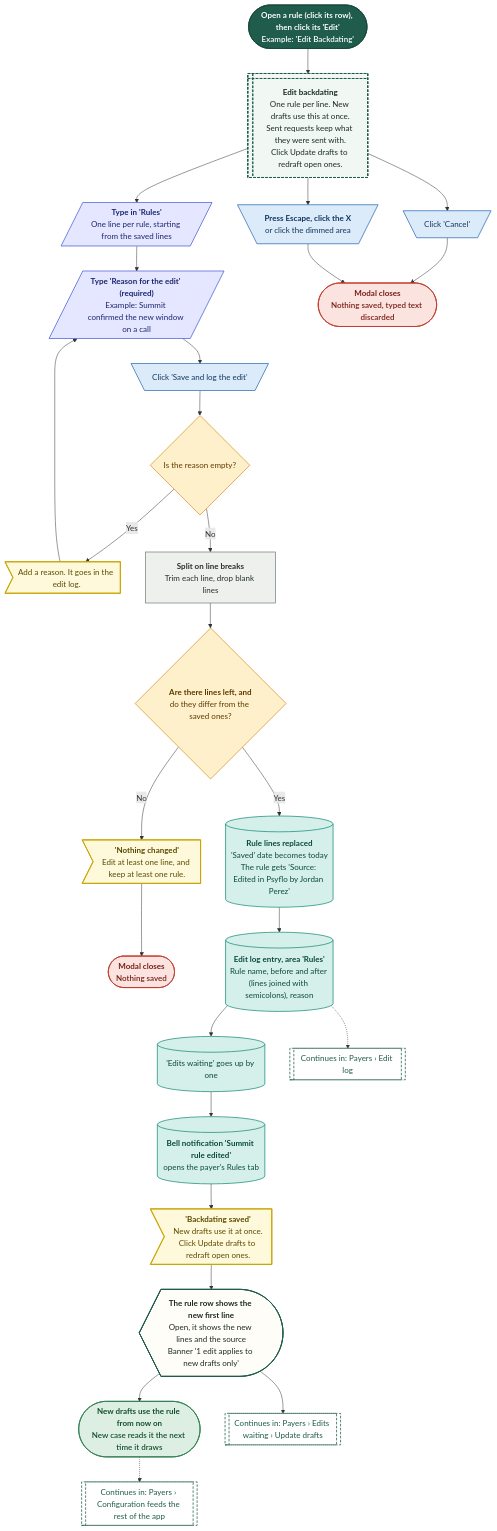
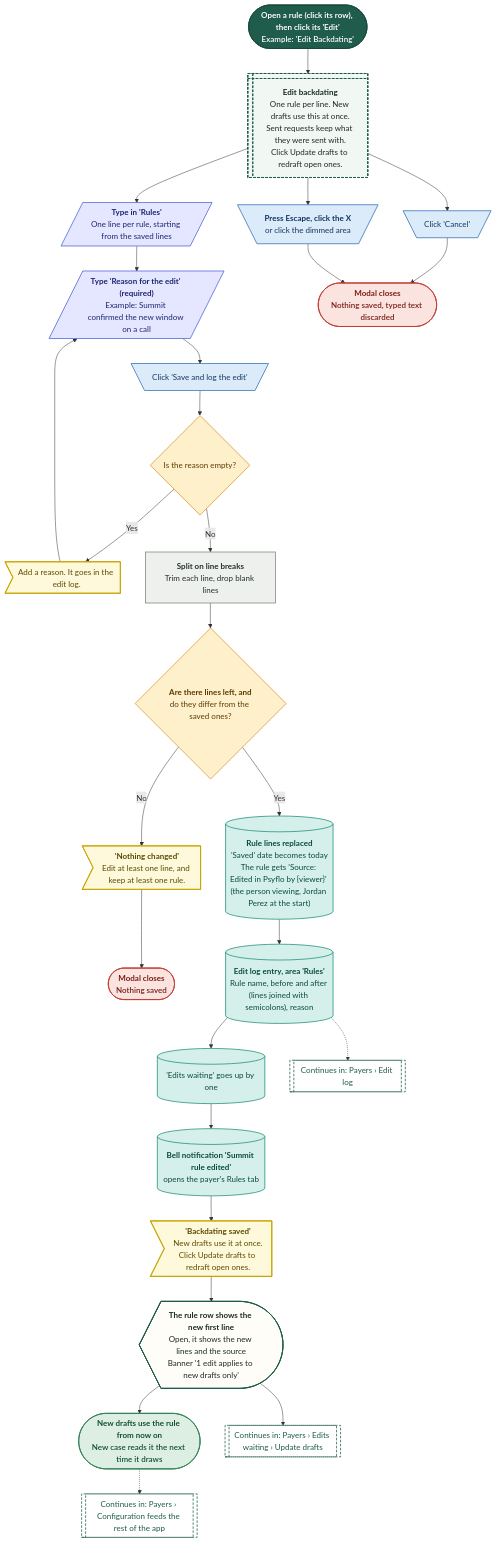
One commit to Shrav143/psyfloapp changed diagram 16 of 27 in demos/prior-auth-demo/workflows/out/md/10-payers.md. Above: the diagram before and after it, drawn with Mermaid. The commit also changed other lines of this file and 251 other files, not shown here.

First line of the commit message:
docs: rebuild the workflow diagrams (291) for round 4

````diff
--- a/demos/prior-auth-demo/workflows/out/md/10-payers.md
+++ b/demos/prior-auth-demo/workflows/out/md/10-payers.md
@@ -1187,66 +1189,66 @@
 ```mermaid
 %%{init: {"theme":"base","themeVariables":{"fontFamily":"'DM Sans', 'Segoe UI', system-ui, sans-serif","fontSize":"15px","lineColor":"#5B6B63","primaryTextColor":"#1C2B25","clusterBkg":"#FBF8F3","clusterBorder":"#D9CDBB","edgeLabelBackground":"#FFFFFF"},"flowchart":{"curve":"basis","nodeSpacing":36,"rankSpacing":48,"padding":12,"htmlLabels":true,"useMaxWidth":false,"wrappingWidth":230}} }%%
 flowchart TD
   classDef k_start fill:#1F5C4B,stroke:#174638,color:#FFFFFF,stroke-width:1.5px,font-weight:600
   classDef k_end fill:#DDEFE3,stroke:#2E7D4F,color:#14502F,stroke-width:1.5px,font-weight:600
   classDef k_endx fill:#FBE3E0,stroke:#C0392B,color:#7A1F16,stroke-width:1.5px,font-weight:600
   classDef k_screen fill:#FFFDF8,stroke:#1F5C4B,color:#1C2B25,stroke-width:2px
   classDef k_overlay fill:#F1F7F3,stroke:#1F5C4B,color:#1C2B25,stroke-width:2px,stroke-dasharray:5 3
   classDef k_click fill:#DCEBFA,stroke:#2F6DB5,color:#12365F,stroke-width:1.5px
   classDef k_input fill:#E4E7FF,stroke:#4C5FD5,color:#1D2670,stroke-width:1.5px
   classDef k_process fill:#EEF0EE,stroke:#7A857F,color:#26302B,stroke-width:1.5px
   classDef k_agent fill:#EEE5FA,stroke:#7A4FC2,color:#341A63,stroke-width:1.5px
   classDef k_decision fill:#FFF0CC,stroke:#D9962B,color:#5C3B00,stroke-width:1.5px
   classDef k_store fill:#D5F0EA,stroke:#1C8E7B,color:#0B4A3F,stroke-width:1.5px
   classDef k_doc fill:#F6E9DC,stroke:#B07A4C,color:#4A2E14,stroke-width:1.5px
   classDef k_ext fill:#FFE6D2,stroke:#E07B39,color:#6B2F06,stroke-width:1.5px
   classDef k_wait fill:#E4E8EE,stroke:#6B7C93,color:#26303D,stroke-width:1.5px
   classDef k_toast fill:#FFF9DB,stroke:#C9A400,color:#5A4A00,stroke-width:1.5px
   classDef k_goto fill:#FFFFFF,stroke:#1F5C4B,color:#1F5C4B,stroke-width:1.5px,stroke-dasharray:5 3
   s1@{ shape: stadium, label: "<b>Open a rule (click its row), then click its 'Edit'</b><br/>Example: 'Edit Backdating'" }
   m@{ shape: win-pane, label: "<b>Edit backdating</b><br/>One rule per line. New drafts use this at once.<br/>Sent requests keep what they were sent with.<br/>Click Update drafts to redraft open ones." }
   i1@{ shape: lean-r, label: "<b>Type in 'Rules'</b><br/>One line per rule, starting from the saved lines" }
   i2@{ shape: lean-r, label: "<b>Type 'Reason for the edit' (required)</b><br/>Example: Summit confirmed the new window on a call" }
   cs@{ shape: trap-t, label: "Click 'Save and log the edit'" }
   d1@{ shape: diam, label: "Is the reason empty?" }
   er@{ shape: odd, label: "Add a reason. It goes in the edit log." }
   tr@{ shape: rect, label: "<b>Split on line breaks</b><br/>Trim each line, drop blank lines" }
   d2@{ shape: diam, label: "<b>Are there lines left, and</b><br/>do they differ from the saved ones?" }
   t0@{ shape: odd, label: "<b>'Nothing changed'</b><br/>Edit at least one line, and keep at least one rule." }
   x0@{ shape: stadium, label: "<b>Modal closes</b><br/>Nothing saved" }
-  st@{ shape: cyl, label: "<b>Rule lines replaced</b><br/>'Saved' date becomes today<br/>The rule gets 'Source: Edited in Psyflo by Jordan Perez'" }
+  st@{ shape: cyl, label: "<b>Rule lines replaced</b><br/>'Saved' date becomes today<br/>The rule gets 'Source: Edited in Psyflo by {viewer}' (the person viewing, Jordan Perez at the start)" }
   lg@{ shape: cyl, label: "<b>Edit log entry, area 'Rules'</b><br/>Rule name, before and after (lines joined with semicolons), reason" }
   un@{ shape: cyl, label: "'Edits waiting' goes up by one" }
   nt@{ shape: cyl, label: "<b>Bell notification 'Summit rule edited'</b><br/>opens the payer's Rules tab" }
   t1@{ shape: odd, label: "<b>'Backdating saved'</b><br/>New drafts use it at once.<br/>Click Update drafts to redraft open ones." }
   bn@{ shape: curv-trap, label: "<b>The rule row shows the new first line</b><br/>Open, it shows the new lines and the source<br/>Banner '1 edit applies to new drafts only'" }
   e1@{ shape: stadium, label: "<b>New drafts use the rule from now on</b><br/>New case reads it the next time it draws" }
   cx@{ shape: trap-t, label: "Click 'Cancel'" }
   cesc@{ shape: trap-t, label: "<b>Press Escape, click the X</b><br/>or click the dimmed area" }
   x1@{ shape: stadium, label: "<b>Modal closes</b><br/>Nothing saved, typed text discarded" }
   g1@{ shape: subproc, label: "Continues in: Payers › Edits waiting › Update drafts" }
   g2@{ shape: subproc, label: "Continues in: Payers › Configuration feeds the rest of the app" }
   g3@{ shape: subproc, label: "Continues in: Payers › Edit log" }
   s1 --> m --> i1 --> i2 --> cs --> d1
   d1 -->|"Yes"| er --> i2
   d1 -->|"No"| tr --> d2
   d2 -->|"No"| t0 --> x0
   d2 -->|"Yes"| st --> lg --> un --> nt --> t1 --> bn --> e1
   bn --> g1
   e1 -.-> g2
   lg -.-> g3
   m --> cx --> x1
   m --> cesc --> x1
   class s1 k_start
   class m k_overlay
   class i1,i2 k_input
   class cs,cx,cesc k_click
   class d1,d2 k_decision
   class er,t0,t1 k_toast
   class tr k_process
   class x0,x1 k_endx
   class st,lg,un,nt k_store
   class bn k_screen
   class e1 k_end
   class g1,g2,g3 k_goto
 ```
````
